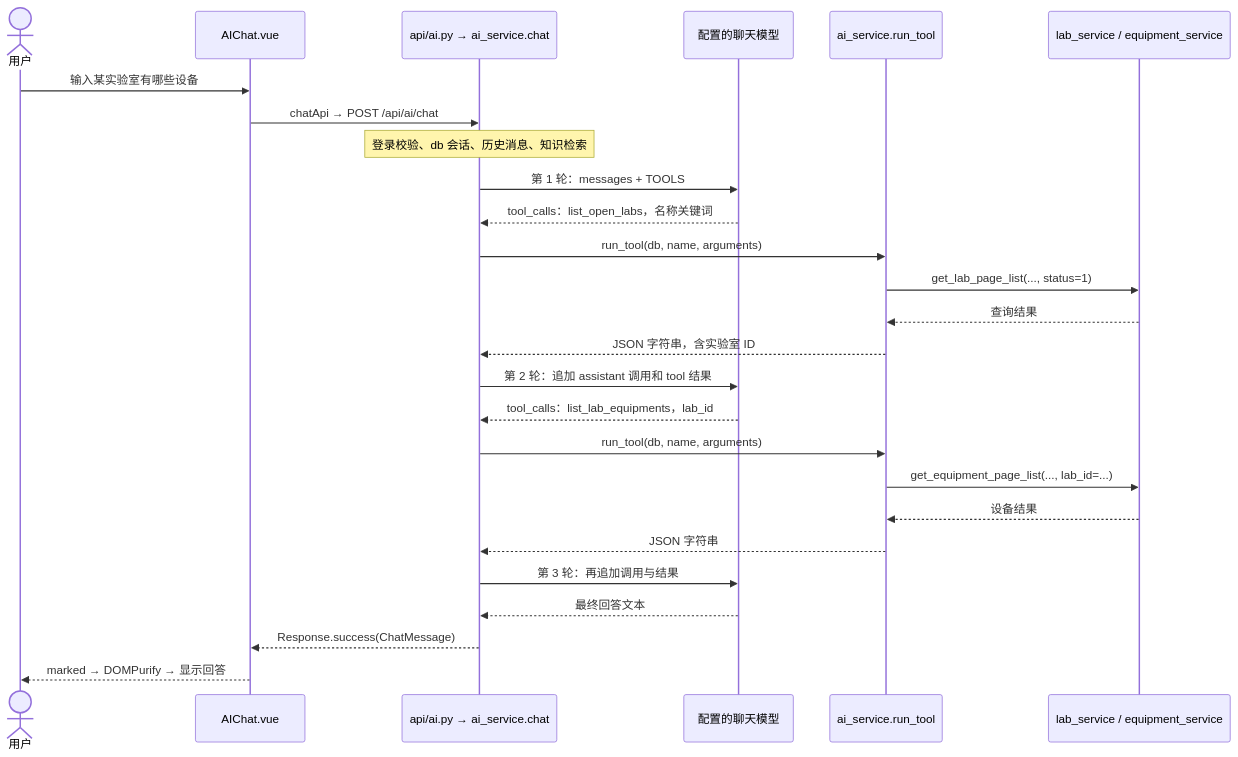
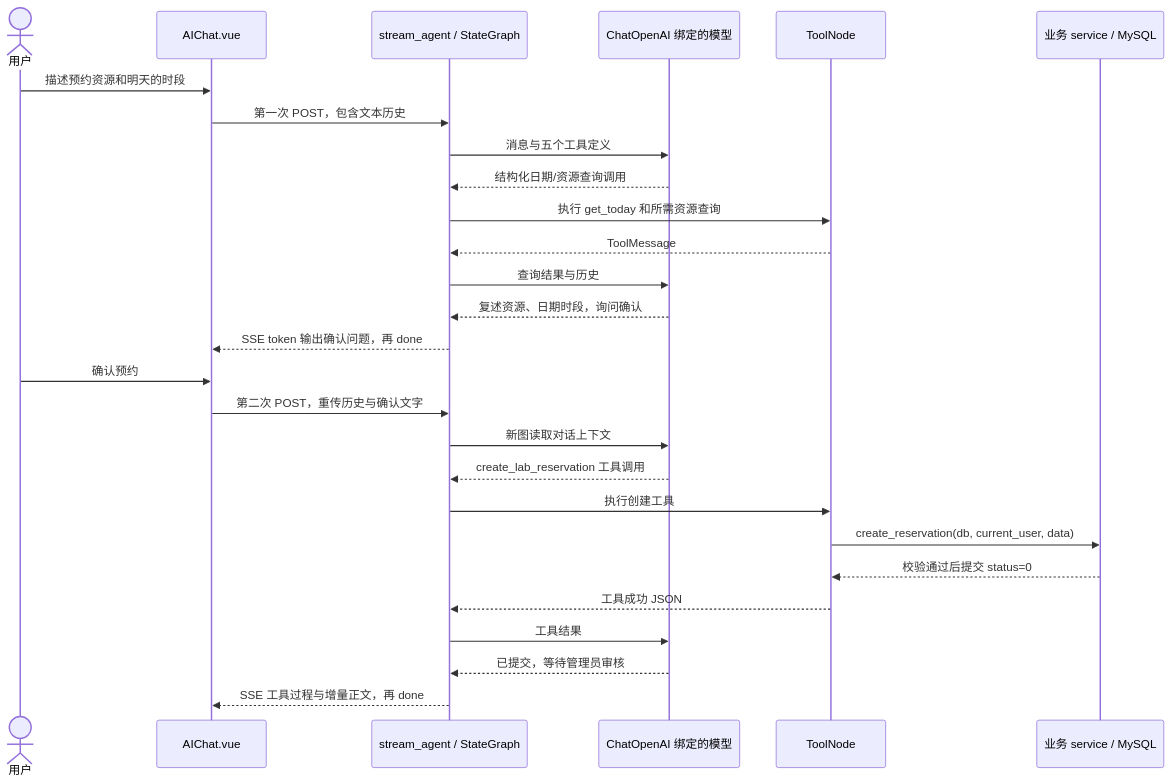
One commit to JasonCauly/Lab_Agent changed the eighth of 8 diagrams in README.md. Above: the diagram before and after it, drawn with Mermaid. The commit also changed other lines of this file and 15 other files, not shown here.

````diff
--- a/README.md
+++ b/README.md
@@ -1366,28 +1399,29 @@
 ```mermaid
 sequenceDiagram
     actor U as 用户
     participant V as AIChat.vue
-    participant A as api/ai.py → ai_service.chat
-    participant L as 配置的聊天模型
-    participant T as ai_service.run_tool
-    participant S as lab_service / equipment_service
-    U->>V: 输入某实验室有哪些设备
-    V->>A: chatApi → POST /api/ai/chat
-    Note over A: 登录校验、db 会话、历史消息、知识检索
-    A->>L: 第 1 轮：messages + TOOLS
-    L-->>A: tool_calls：list_open_labs，名称关键词
-    A->>T: run_tool(db, name, arguments)
-    T->>S: get_lab_page_list(..., status=1)
-    S-->>T: 查询结果
-    T-->>A: JSON 字符串，含实验室 ID
-    A->>L: 第 2 轮：追加 assistant 调用和 tool 结果
-    L-->>A: tool_calls：list_lab_equipments，lab_id
-    A->>T: run_tool(db, name, arguments)
-    T->>S: get_equipment_page_list(..., lab_id=...)
-    S-->>T: 设备结果
-    T-->>A: JSON 字符串
-    A->>L: 第 3 轮：再追加调用与结果
-    L-->>A: 最终回答文本
-    A-->>V: Response.success(ChatMessage)
-    V-->>U: marked → DOMPurify → 显示回答
+    participant A as stream_agent / StateGraph
+    participant L as ChatOpenAI 绑定的模型
+    participant T as ToolNode
+    participant S as 业务 service / MySQL
+    U->>V: 描述预约资源和明天的时段
+    V->>A: 第一次 POST，包含文本历史
+    A->>L: 消息与五个工具定义
+    L-->>A: 结构化日期/资源查询调用
+    A->>T: 执行 get_today 和所需资源查询
+    T-->>A: ToolMessage
+    A->>L: 查询结果与历史
+    L-->>A: 复述资源、日期时段，询问确认
+    A-->>V: SSE token 输出确认问题，再 done
+    U->>V: 确认预约
+    V->>A: 第二次 POST，重传历史与确认文字
+    A->>L: 新图读取对话上下文
+    L-->>A: create_lab_reservation 工具调用
+    A->>T: 执行创建工具
+    T->>S: create_reservation(db, current_user, data)
+    S-->>T: 校验通过后提交 status=0
+    T-->>A: 工具成功 JSON
+    A->>L: 工具结果
+    L-->>A: 已提交，等待管理员审核
+    A-->>V: SSE 工具过程与增量正文，再 done
 ```
````
